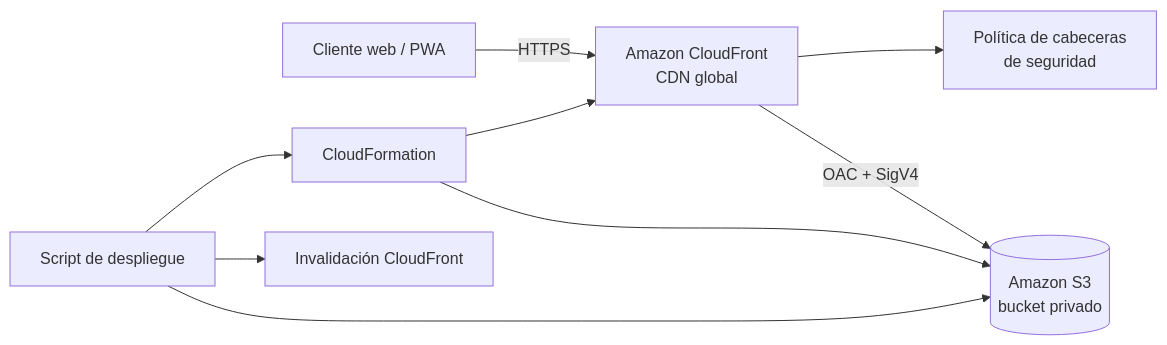
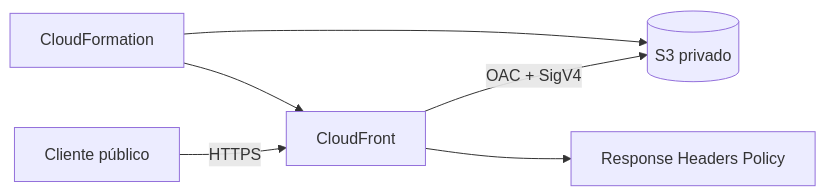
The second of 2 diagrams in docs/ARCHITECTURE.md (ErickrU/calculadora-varillas-pwa), drawn with Mermaid before and after one commit. The commit also changed other lines of this file and 17 other files, not shown here.

Commit message:
fix: endurece publicación PWA y despliegue AWS

````diff
--- a/docs/ARCHITECTURE.md
+++ b/docs/ARCHITECTURE.md
@@ -80,11 +46,8 @@
 ```mermaid
 flowchart LR
-    U[Cliente web / PWA] -->|HTTPS| CF[Amazon CloudFront\nCDN global]
-    CF -->|OAC + SigV4| S3[(Amazon S3\nbucket privado)]
-    CF --> H[Política de cabeceras\nde seguridad]
+    U[Cliente público] -->|HTTPS| CF[CloudFront]
+    CF -->|OAC + SigV4| S3[(S3 privado)]
+    CF --> H[Response Headers Policy]
     IAC[CloudFormation] --> CF
     IAC --> S3
-    CLI[Script de despliegue] --> IAC
-    CLI --> S3
-    CLI --> INV[Invalidación CloudFront]
 ```
````
